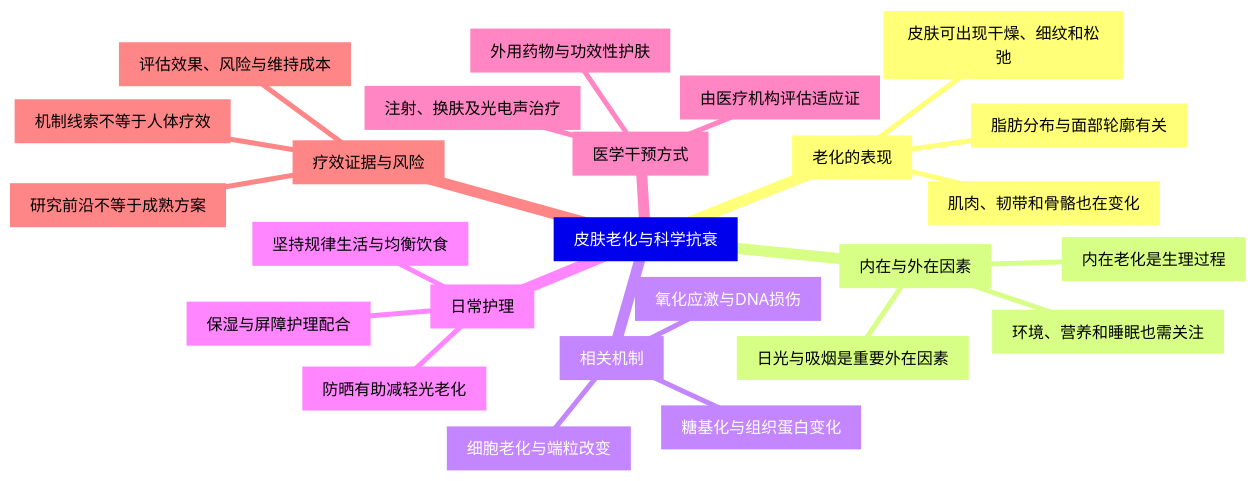
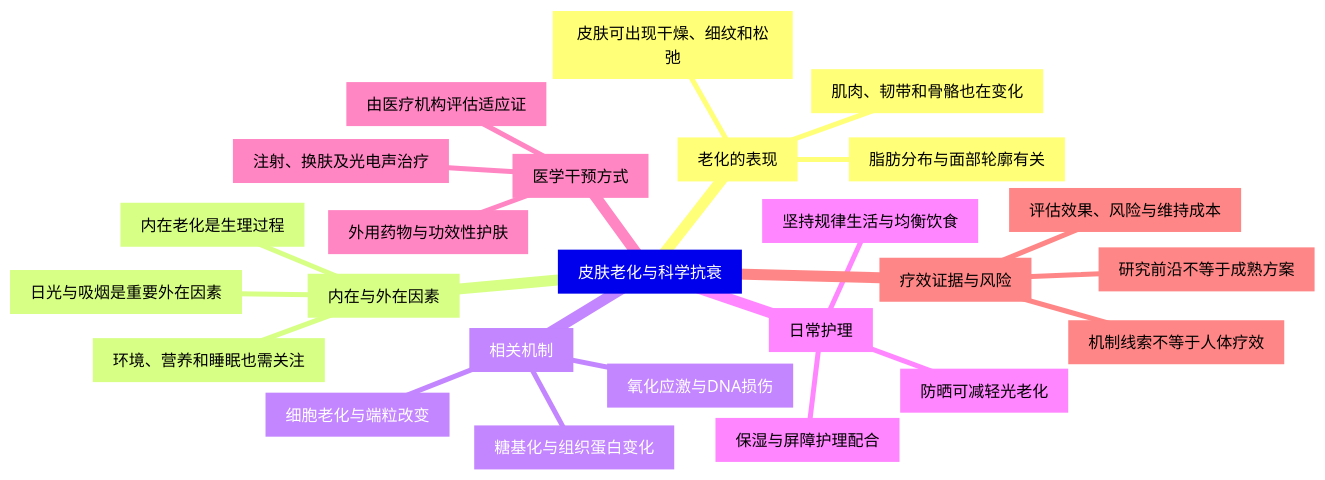
The diagram in docs/assets/lessons/skin-aging.mmd (hanson2017ear/skin-barrier-skincare-course), drawn with Mermaid before and after one commit. The commit also changed 54 other files, not shown here.

Commit message:
Correct course chronology and teaching attribution; refine notes and diagrams

```diff
--- a/docs/assets/lessons/skin-aging.mmd
+++ b/docs/assets/lessons/skin-aging.mmd
@@ -1,26 +1,26 @@
 mindmap
   root["皮肤老化与科学抗衰"]
     b1["老化的表现"]
       b1n1["皮肤可出现干燥、细纹和松弛"]
       b1n2["脂肪分布与面部轮廓有关"]
       b1n3["肌肉、韧带和骨骼也在变化"]
     b2["内在与外在因素"]
       b2n1["内在老化是生理过程"]
       b2n2["日光与吸烟是重要外在因素"]
       b2n3["环境、营养和睡眠也需关注"]
     b3["相关机制"]
       b3n1["氧化应激与DNA损伤"]
       b3n2["细胞老化与端粒改变"]
       b3n3["糖基化与组织蛋白变化"]
     b4["日常护理"]
-      b4n1["防晒有助减轻光老化"]
+      b4n1["防晒可减轻光老化"]
       b4n2["保湿与屏障护理配合"]
       b4n3["坚持规律生活与均衡饮食"]
     b5["医学干预方式"]
       b5n1["外用药物与功效性护肤"]
       b5n2["注射、换肤及光电声治疗"]
       b5n3["由医疗机构评估适应证"]
     b6["疗效证据与风险"]
       b6n1["机制线索不等于人体疗效"]
       b6n2["研究前沿不等于成熟方案"]
       b6n3["评估效果、风险与维持成本"]
```
